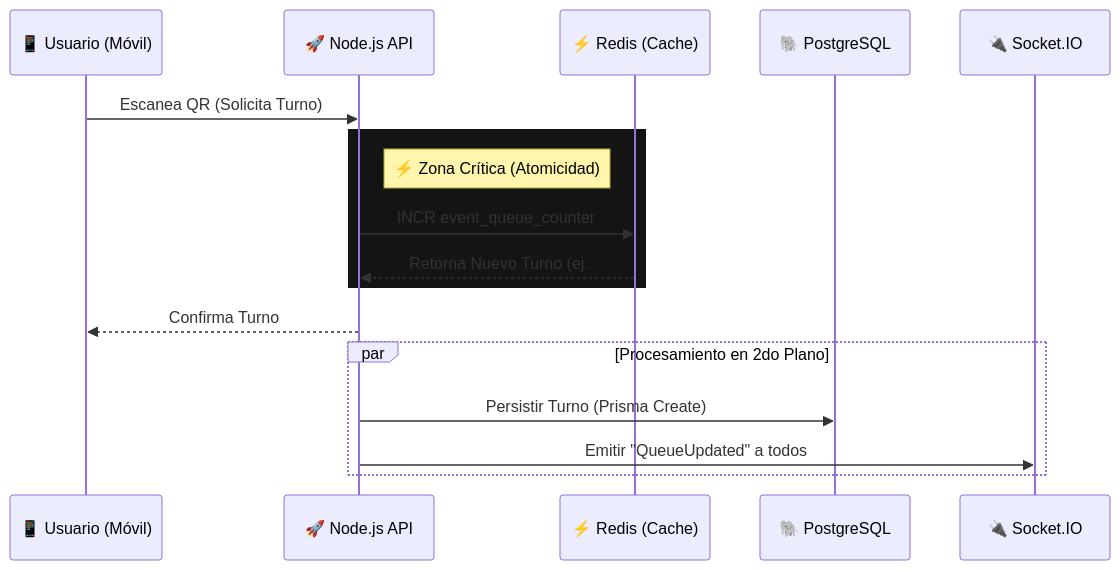
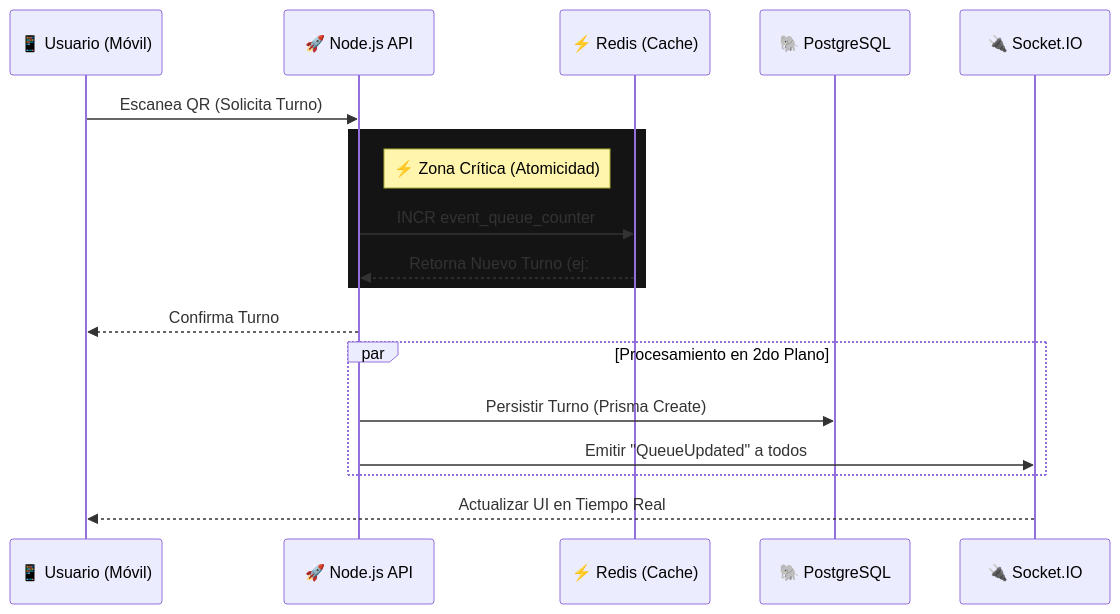
The diagram in README.md (lautarosard/Turnos_puerta18), drawn with Mermaid before and after one commit. The commit also changed other lines of this file, not shown here.

Commit message:
Refactor technology stack section in README
Removed duplicate section for technology stack and cleaned up formatting.

````diff
--- a/README.md
+++ b/README.md
@@ -45,23 +45,26 @@
 ```mermaid
 sequenceDiagram
     participant User as 📱 Usuario (Móvil)
     participant API as 🚀 Node.js API
     participant Redis as ⚡ Redis (Cache)
     participant DB as 🐘 PostgreSQL
     participant Socket as 🔌 Socket.IO
 
     User->>API: Escanea QR (Solicita Turno)
     
     rect rgb(20, 20, 20)
         note right of API: ⚡ Zona Crítica (Atomicidad)
         API->>Redis: INCR event_queue_counter
         Redis-->>API: Retorna Nuevo Turno (ej: #42)
     end
     
     API-->>User: Confirma Turno #42 (HTTP 200)
     
     par Procesamiento en 2do Plano
         API->>DB: Persistir Turno (Prisma Create)
         API->>Socket: Emitir "QueueUpdated" a todos
     end
+
+    Socket-->>User: Actualizar UI en Tiempo Real
+
 ```
````
